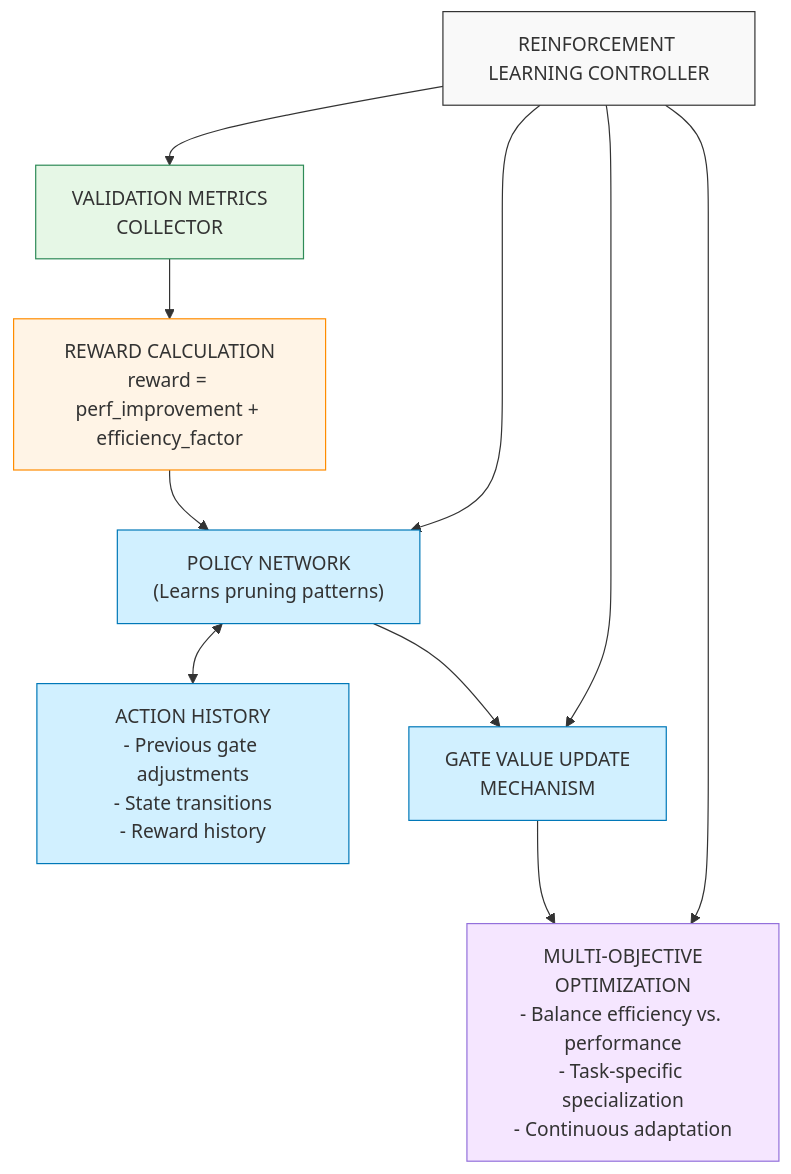
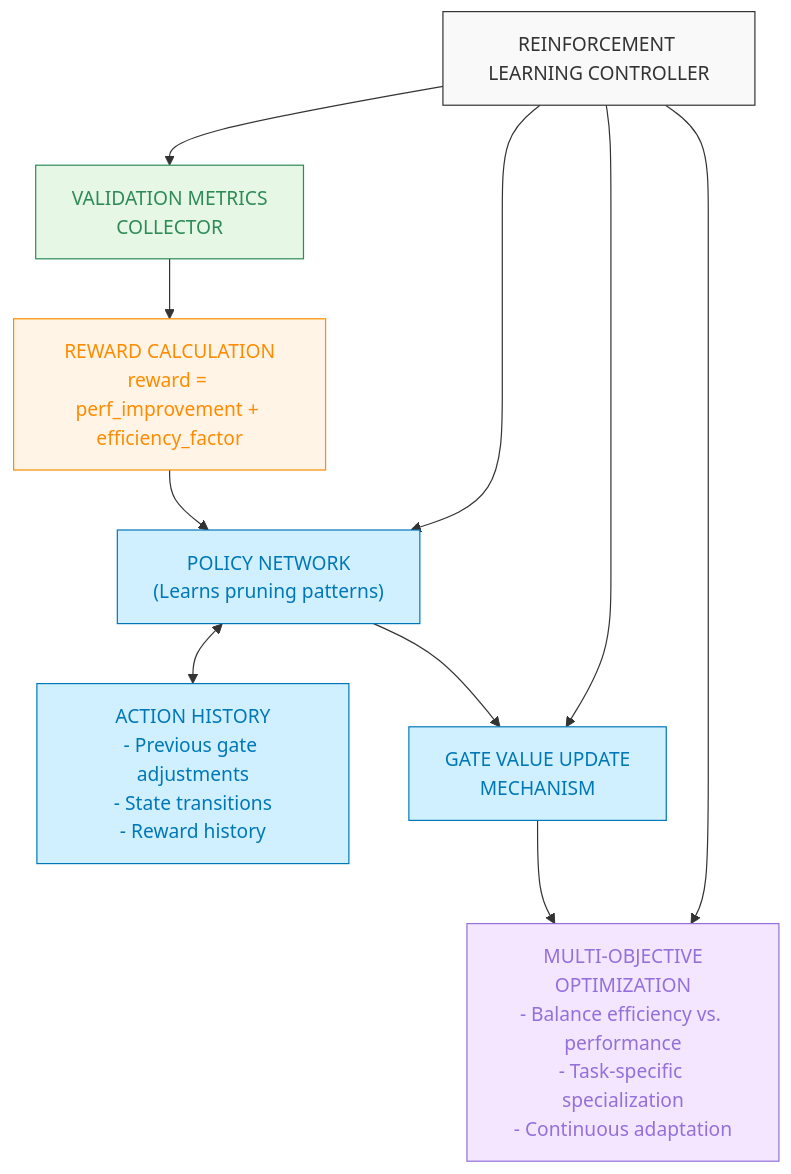
One commit to CambrianTech/sentinel-ai changed the fourth of 6 diagrams in docs/improved_diagrams/mermaid/main_architecture.md. Above: the diagram before and after it, drawn with Mermaid. The commit also changed other lines of this file and 3 other files, not shown here.

First line of the commit message:
Fix colors in Mermaid diagrams for better readability (#33)

````diff
--- a/docs/improved_diagrams/mermaid/main_architecture.md
+++ b/docs/improved_diagrams/mermaid/main_architecture.md
@@ -192,35 +192,35 @@
 ```mermaid
 flowchart TD
-    classDef standard fill:#f9f9f9,stroke:#333,stroke-width:1px
-    classDef metrics fill:#e6f7e6,stroke:#2e8b57,stroke-width:1px
-    classDef reward fill:#fff4e6,stroke:#ff8c00,stroke-width:1px
-    classDef policy fill:#d1f0ff,stroke:#0078b8,stroke-width:1px
-    classDef optimization fill:#f5e6ff,stroke:#9370db,stroke-width:1px
+    classDef standard fill:#f9f9f9,stroke:#333,stroke-width:1px,color:#333
+    classDef metrics fill:#e6f7e6,stroke:#2e8b57,stroke-width:1px,color:#2e8b57
+    classDef reward fill:#fff4e6,stroke:#ff8c00,stroke-width:1px,color:#ff8c00
+    classDef policy fill:#d1f0ff,stroke:#0078b8,stroke-width:1px,color:#0078b8
+    classDef optimization fill:#f5e6ff,stroke:#9370db,stroke-width:1px,color:#9370db
     
     %% Main Components
     title["REINFORCEMENT LEARNING CONTROLLER"]
     metrics["VALIDATION METRICS<br/>COLLECTOR"]
     reward["REWARD CALCULATION<br/>reward = perf_improvement + efficiency_factor"]
     policy["POLICY NETWORK<br/>(Learns pruning patterns)"]
     history["ACTION HISTORY<br/>- Previous gate adjustments<br/>- State transitions<br/>- Reward history"]
     update["GATE VALUE UPDATE<br/>MECHANISM"]
     optimization["MULTI-OBJECTIVE<br/>OPTIMIZATION<br/>- Balance efficiency vs. performance<br/>- Task-specific specialization<br/>- Continuous adaptation"]
     
     %% Connections
     title --> metrics & policy & update & optimization
     
     metrics --> reward
     reward --> policy
     policy <--> history
     policy --> update
     update --> optimization
     
     %% Styling
     title:::standard
     metrics:::metrics
     reward:::reward
     policy:::policy
     history:::policy
     update:::policy
     optimization:::optimization
 ```
````
